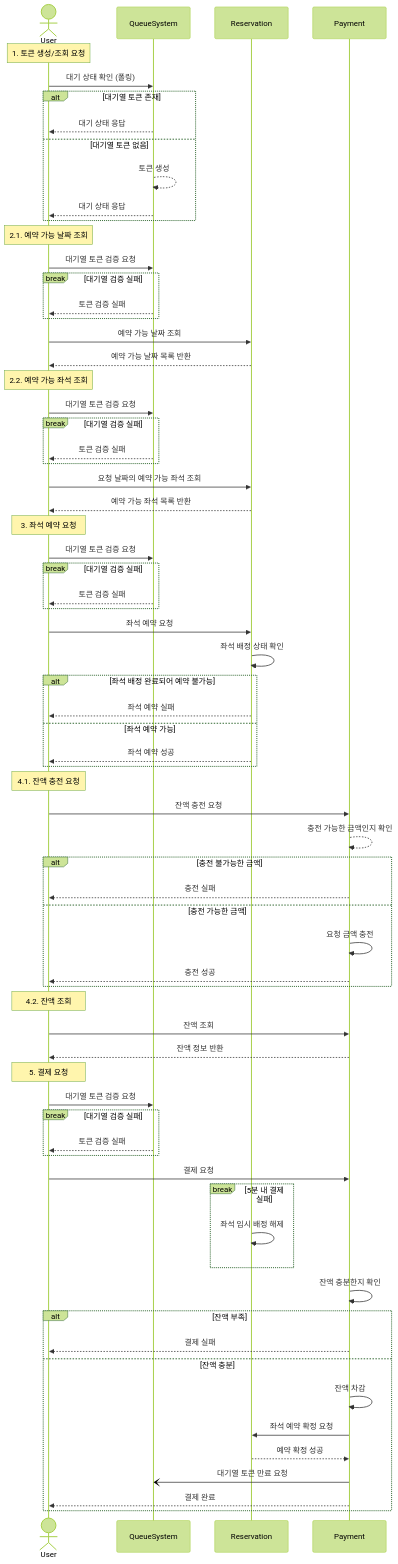
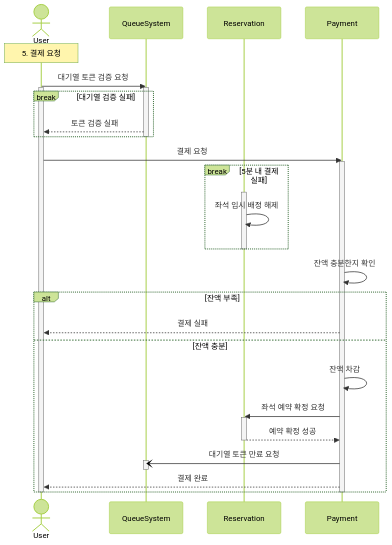
The fifth of 5 diagrams in docs/SequenceDiagram.md (leehanna602/hhplus-server-construction), drawn with Mermaid (forest theme) before and after one commit. The commit also changed other lines of this file and 3 other files, not shown here.

Commit message:
refactor: 패키지명 수정 및 시퀀스 다이어그램 수정

````diff
--- a/docs/SequenceDiagram.md
+++ b/docs/SequenceDiagram.md
@@ -2,81 +116,40 @@
 ```mermaid
 sequenceDiagram
     actor User
     participant QueueSystem
     participant Reservation
     participant Payment
-    note over User: 1. 토큰 생성/조회 요청
-    User->>QueueSystem: 대기 상태 확인 (폴링)
-    alt 대기열 토큰 존재
-        QueueSystem-->>User: 대기 상태 응답
-    else 대기열 토큰 없음
-        QueueSystem-->>QueueSystem: 토큰 생성
-        QueueSystem-->>User: 대기 상태 응답
-    end
-
-    note over User: 2.1. 예약 가능 날짜 조회
+    note over User: 5. 결제 요청
     User->>QueueSystem: 대기열 토큰 검증 요청
+    activate User
+    activate QueueSystem
     break 대기열 검증 실패
         QueueSystem-->>User: 토큰 검증 실패
     end
-    User->>Reservation: 예약 가능 날짜 조회
-    Reservation-->>User: 예약 가능 날짜 목록 반환
+    deactivate QueueSystem
 
-    note over User: 2.2. 예약 가능 좌석 조회
-    User->>QueueSystem: 대기열 토큰 검증 요청
-    break 대기열 검증 실패
-        QueueSystem-->>User: 토큰 검증 실패
+    User->>Payment: 결제 요청
+    activate Payment
+    break 5분 내 결제 실패
+        activate Reservation
+        Reservation->>Reservation: 좌석 임시 배정 해제
     end
-    User->>Reservation: 요청 날짜의 예약 가능 좌석 조회
-    Reservation-->>User: 예약 가능 좌석 목록 반환
-
-    note over User: 3. 좌석 예약 요청
-    User->>QueueSystem: 대기열 토큰 검증 요청
-    break 대기열 검증 실패
-        QueueSystem-->>User: 토큰 검증 실패
-    end
-    
-    User->>Reservation: 좌석 예약 요청
-    Reservation->>Reservation: 좌석 배정 상태 확인
-    alt 좌석 배정 완료되어 예약 불가능
-        Reservation-->>User: 좌석 예약 실패
-    else 좌석 예약 가능
-        Reservation-->>User: 좌석 예약 성공
-    end
-
-    note over User: 4.1. 잔액 충전 요청
-    User->>Payment: 잔액 충전 요청
-    Payment-->>Payment: 충전 가능한 금액인지 확인
-    alt 충전 불가능한 금액
-        Payment-->>User: 충전 실패
-    else 충전 가능한 금액
-        Payment->>Payment: 요청 금액 충전
-        Payment-->>User: 충전 성공
-    end
-
-    note over User: 4.2. 잔액 조회
-    User->>Payment: 잔액 조회
-    Payment-->>User: 잔액 정보 반환
-
-    note over User: 5. 결제 요청
-    User->>QueueSystem: 대기열 토큰 검증 요청
-    break 대기열 검증 실패
-        QueueSystem-->>User: 토큰 검증 실패
-    end
-    
-    User->>Payment: 결제 요청
-    break 5분 내 결제 실패
-    Reservation->>Reservation: 좌석 임시 배정 해제
-    end
+    deactivate Reservation
 
     Payment->>Payment: 잔액 충분한지 확인
     alt 잔액 부족
         Payment-->>User: 결제 실패
     else 잔액 충분
         Payment->>Payment: 잔액 차감
         Payment->>Reservation: 좌석 예약 확정 요청
+        activate Reservation
         Reservation-->>Payment: 예약 확정 성공
+        deactivate Reservation
         Payment-)QueueSystem: 대기열 토큰 만료 요청
+        activate QueueSystem
+        deactivate QueueSystem
         Payment-->>User: 결제 완료
     end
+    deactivate Payment
+    deactivate User
 ```
````
